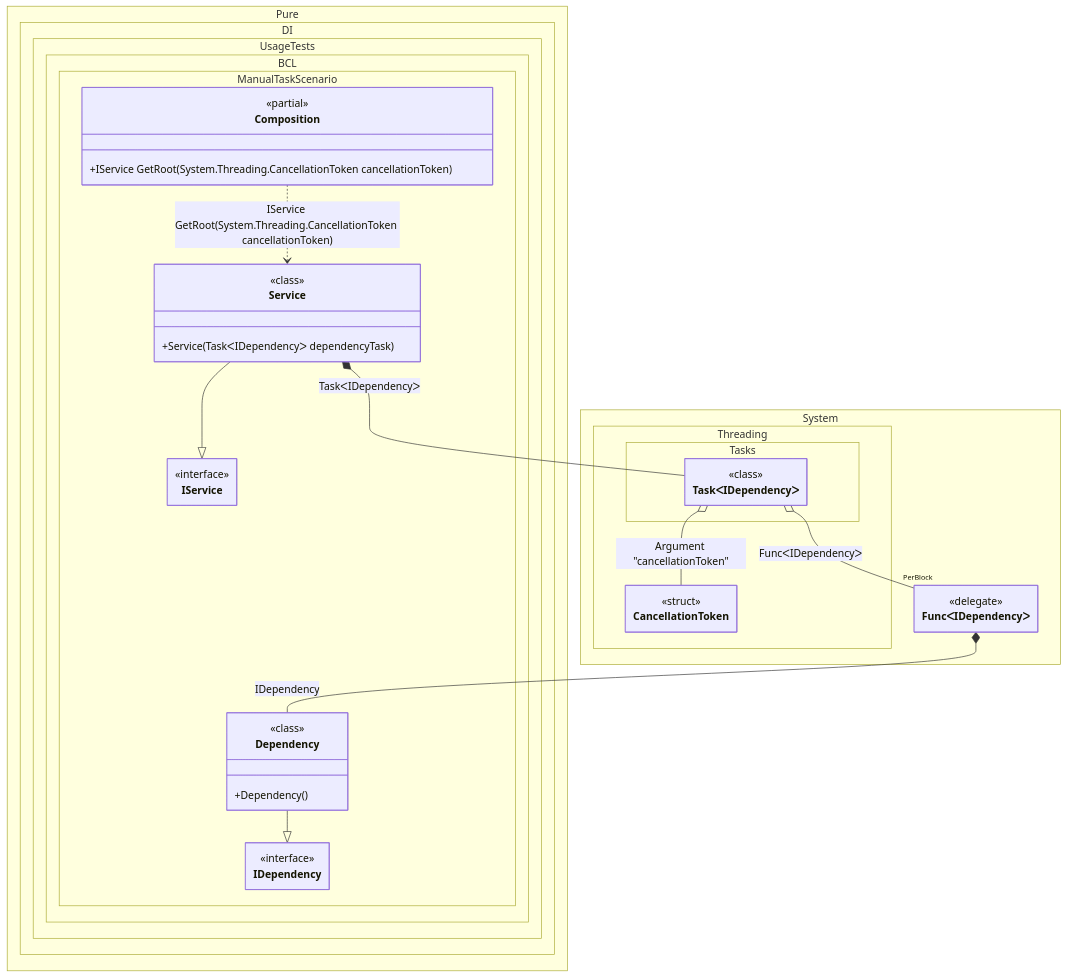
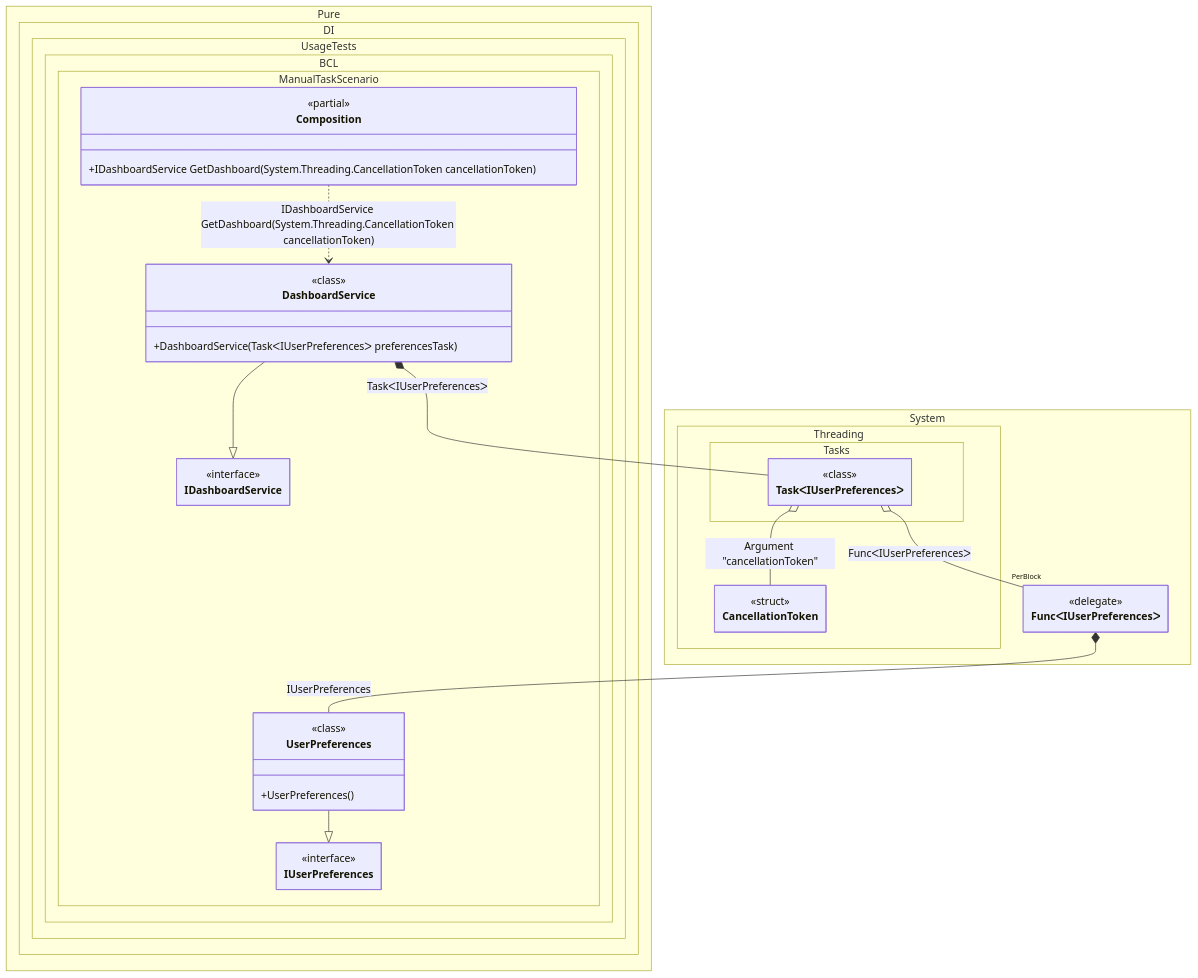
Before and after one commit to DevTeam/Pure.DI: the diagram in readme/manually-started-tasks.md, drawn with Mermaid. The commit also changed other lines of this file and 126 other files, not shown here.

````diff
--- a/readme/manually-started-tasks.md
+++ b/readme/manually-started-tasks.md
@@ -144,52 +146,52 @@
 ```mermaid
 ---
  config:
   maxTextSize: 2147483647
   maxEdges: 2147483647
   class:
    hideEmptyMembersBox: true
 ---
 classDiagram
-	Dependency --|> IDependency
-	Service --|> IService
-	Composition ..> Service : IService GetRoot(System.Threading.CancellationToken cancellationToken)
-	Service *--  TaskᐸIDependencyᐳ : TaskᐸIDependencyᐳ
-	TaskᐸIDependencyᐳ o-- CancellationToken : Argument "cancellationToken"
-	TaskᐸIDependencyᐳ o-- "PerBlock" FuncᐸIDependencyᐳ : FuncᐸIDependencyᐳ
-	FuncᐸIDependencyᐳ *--  Dependency : IDependency
+	UserPreferences --|> IUserPreferences
+	DashboardService --|> IDashboardService
+	Composition ..> DashboardService : IDashboardService GetDashboard(System.Threading.CancellationToken cancellationToken)
+	DashboardService *--  TaskᐸIUserPreferencesᐳ : TaskᐸIUserPreferencesᐳ
+	TaskᐸIUserPreferencesᐳ o-- CancellationToken : Argument "cancellationToken"
+	TaskᐸIUserPreferencesᐳ o-- "PerBlock" FuncᐸIUserPreferencesᐳ : FuncᐸIUserPreferencesᐳ
+	FuncᐸIUserPreferencesᐳ *--  UserPreferences : IUserPreferences
 	namespace Pure.DI.UsageTests.BCL.ManualTaskScenario {
 		class Composition {
 		<<partial>>
-		+IService GetRoot(System.Threading.CancellationToken cancellationToken)
+		+IDashboardService GetDashboard(System.Threading.CancellationToken cancellationToken)
 		}
-		class Dependency {
+		class DashboardService {
 				<<class>>
-			+Dependency()
+			+DashboardService(TaskᐸIUserPreferencesᐳ preferencesTask)
 		}
-		class IDependency {
+		class IDashboardService {
 			<<interface>>
 		}
-		class IService {
+		class IUserPreferences {
 			<<interface>>
 		}
-		class Service {
+		class UserPreferences {
 				<<class>>
-			+Service(TaskᐸIDependencyᐳ dependencyTask)
+			+UserPreferences()
 		}
 	}
 	namespace System {
-		class FuncᐸIDependencyᐳ {
+		class FuncᐸIUserPreferencesᐳ {
 				<<delegate>>
 		}
 	}
 	namespace System.Threading {
 		class CancellationToken {
 				<<struct>>
 		}
 	}
 	namespace System.Threading.Tasks {
-		class TaskᐸIDependencyᐳ {
+		class TaskᐸIUserPreferencesᐳ {
 				<<class>>
 		}
 	}
 ```
````
